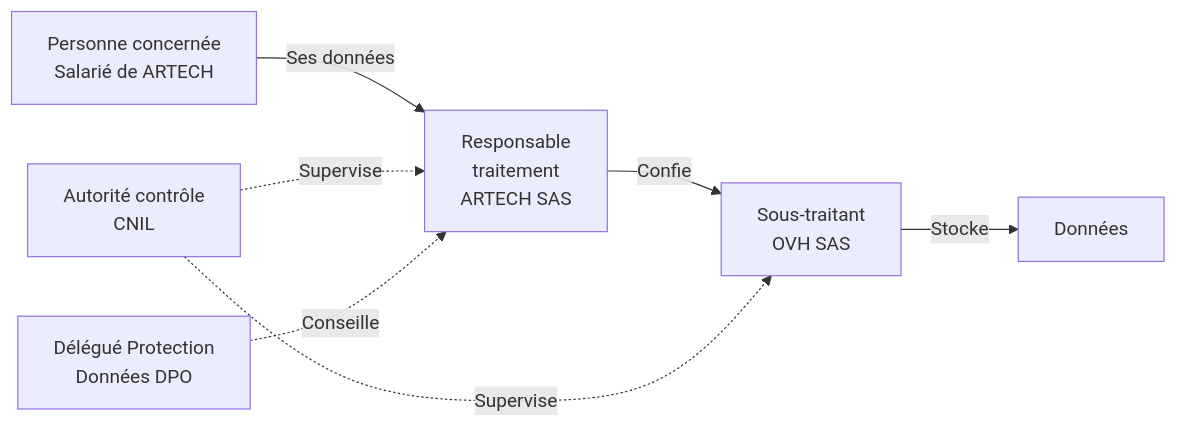
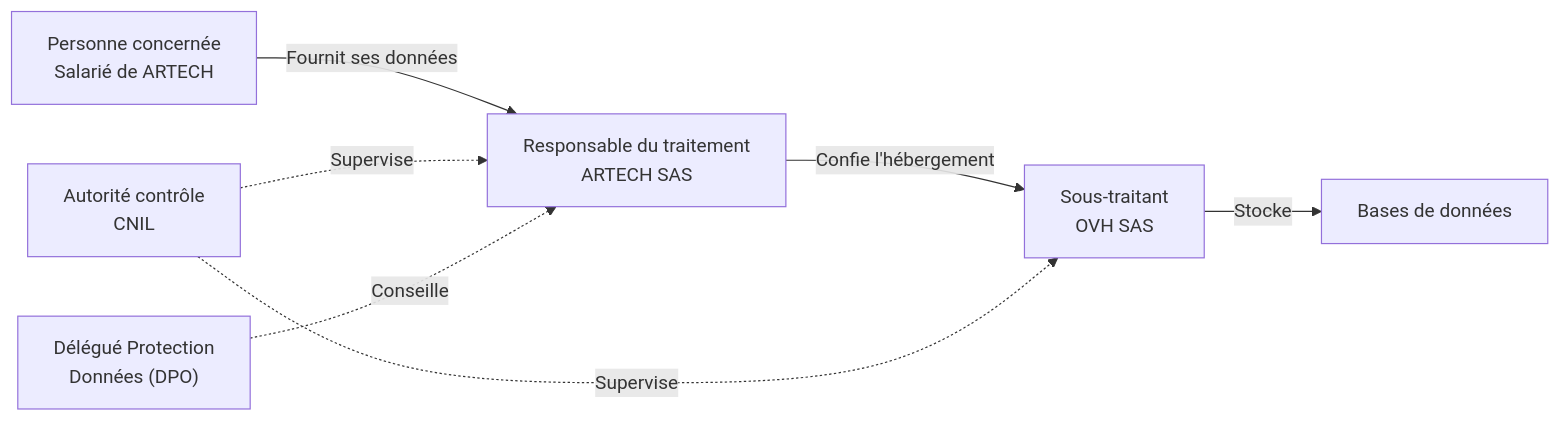
One commit to zyrass/omnydocs changed the second of 7 diagrams in docs/cursus-forensic/01-cycle-0-fondations/module-1-legislation/08-rgpd-articles-32-33-34.md. Above: the diagram before and after it, drawn with Mermaid. The commit also changed other lines of this file and 171 other files, not shown here.

````diff
--- a/docs/cursus-forensic/01-cycle-0-fondations/module-1-legislation/08-rgpd-articles-32-33-34.md
+++ b/docs/cursus-forensic/01-cycle-0-fondations/module-1-legislation/08-rgpd-articles-32-33-34.md
@@ -94,9 +96,9 @@
 ```mermaid
 flowchart LR
-    A[Personne concernée<br>Salarié de ARTECH] -->|Ses données| B[Responsable<br>traitement<br>ARTECH SAS]
-    B -->|Confie| C[Sous-traitant<br>OVH SAS]
-    C -->|Stocke| D[Données]
-    E[Autorité contrôle<br>CNIL] -.->|Supervise| B
-    E -.->|Supervise| C
-    F[Délégué Protection<br>Données DPO] -.->|Conseille| B
+    A["Personne concernée<br>Salarié de ARTECH"] -->|"Fournit ses données"| B["Responsable du traitement<br>ARTECH SAS"]
+    B -->|"Confie l'hébergement"| C["Sous-traitant<br>OVH SAS"]
+    C -->|"Stocke"| D["Bases de données"]
+    E["Autorité contrôle<br>CNIL"] -.->|"Supervise"| B
+    E -.->|"Supervise"| C
+    F["Délégué Protection<br>Données (DPO)"] -.->|"Conseille"| B
 ```
````
